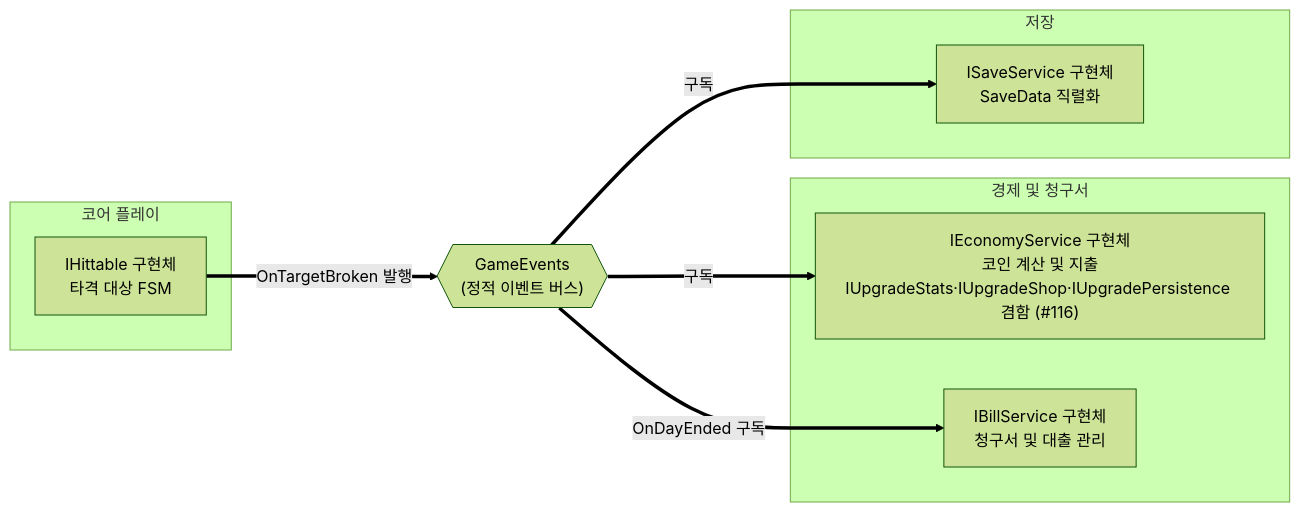
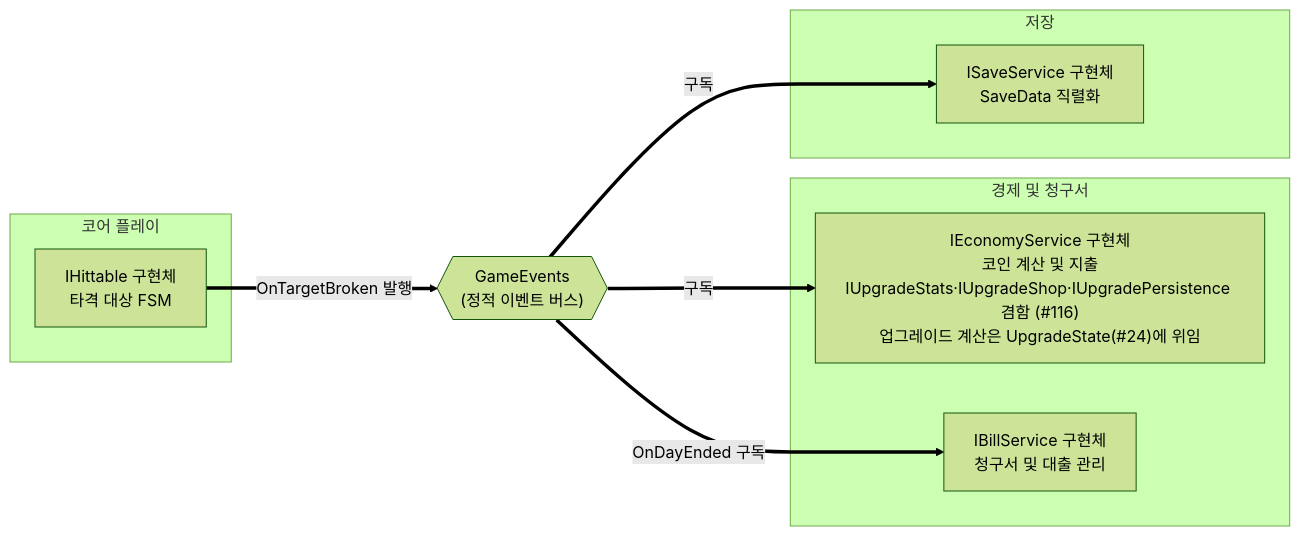
Before and after one commit to KDNA-Gwangju-1/NCAIClicker: the diagram in docs/TECH_NOTES/contracts.md, drawn with Mermaid (forest theme). The commit also changed other lines of this file and 3 other files, not shown here.

````diff
--- a/docs/TECH_NOTES/contracts.md
+++ b/docs/TECH_NOTES/contracts.md
@@ -27,22 +29,22 @@
 ```mermaid
 flowchart LR
   subgraph Core["코어 플레이"]
     Hittable["IHittable 구현체<br/>타격 대상 FSM"]
   end
 
   subgraph Economy["경제 및 청구서"]
-    EconService["IEconomyService 구현체<br/>코인 계산 및 지출<br/>IUpgradeStats·IUpgradeShop·IUpgradePersistence 겸함 (#116)"]
+    EconService["IEconomyService 구현체<br/>코인 계산 및 지출<br/>IUpgradeStats·IUpgradeShop·IUpgradePersistence 겸함 (#116)<br/>업그레이드 계산은 UpgradeState(#24)에 위임"]
     BillService["IBillService 구현체<br/>청구서 및 대출 관리"]
   end
 
   subgraph Save["저장"]
     SaveService["ISaveService 구현체<br/>SaveData 직렬화"]
   end
 
   events{{"GameEvents<br/>(정적 이벤트 버스)"}}
 
   Hittable == "OnTargetBroken 발행" ==> events
   events == "구독" ==> EconService
   events == "OnDayEnded 구독" ==> BillService
   events == "구독" ==> SaveService
 ```
````
